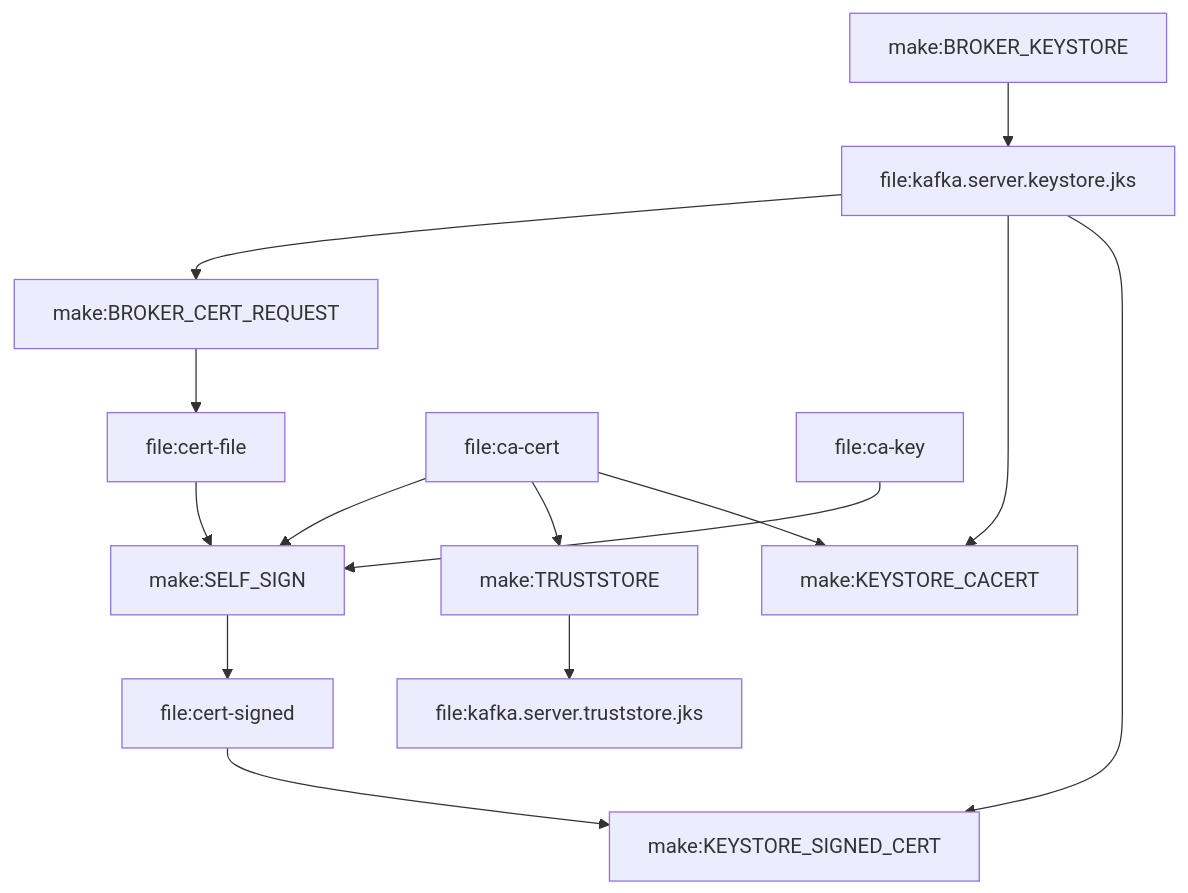
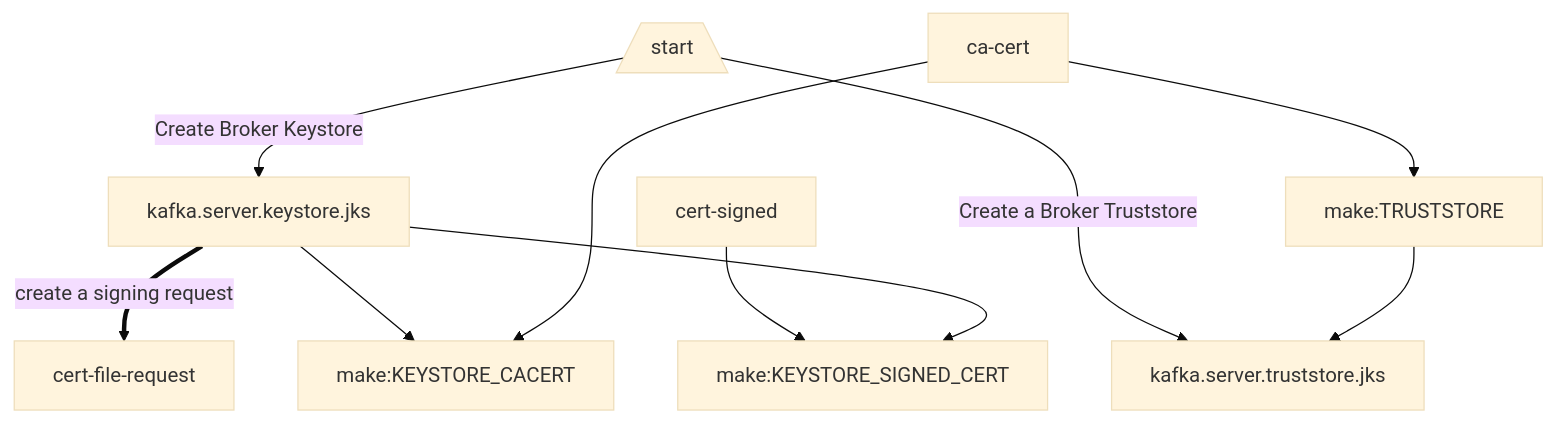
The fourth of 6 diagrams in mtls/README.md (decodableco/examples), drawn with Mermaid before and after one commit. The commit also changed other lines of this file, not shown here.

````diff
--- a/mtls/README.md
+++ b/mtls/README.md
@@ -21,22 +47,21 @@
 ```mermaid
+%%{init: {'theme':'base'}}%%
 flowchart TD;
 
 
-    make:BROKER_KEYSTORE:::make-->jks[file:kafka.server.keystore.jks]:::file-->
-    make:BROKER_CERT_REQUEST:::make-->file:cert-file:::file
 
-    file:ca-cert-->make:SELF_SIGN:::make
-    file:ca-key-->make:SELF_SIGN
-    file:cert-file-->make:SELF_SIGN
+    s[/start\]-->|Create Broker Keystore| jks[kafka.server.keystore.jks]
 
-    make:SELF_SIGN-->file:cert-signed:::file
+    jks==>|create a signing request| cert-file-request
 
+    s-->|Create a Broker Truststore|kafka.server.truststore.jks
 
-    file:ca-cert-->make:TRUSTSTORE:::make-->file:kafka.server.truststore.jks:::file
+    ca-cert-->make:TRUSTSTORE-->kafka.server.truststore.jks
 
-    jks-->make:KEYSTORE_CACERT:::make
-    file:ca-cert-->make:KEYSTORE_CACERT
+    jks-->make:KEYSTORE_CACERT
+    ca-cert-->make:KEYSTORE_CACERT
 
-    file:cert-signed-->make:KEYSTORE_SIGNED_CERT
-    jks-->make:KEYSTORE_SIGNED_CERT:::make
+    cert-signed-->make:KEYSTORE_SIGNED_CERT
+    jks-->make:KEYSTORE_SIGNED_CERT
+
 ```
````
